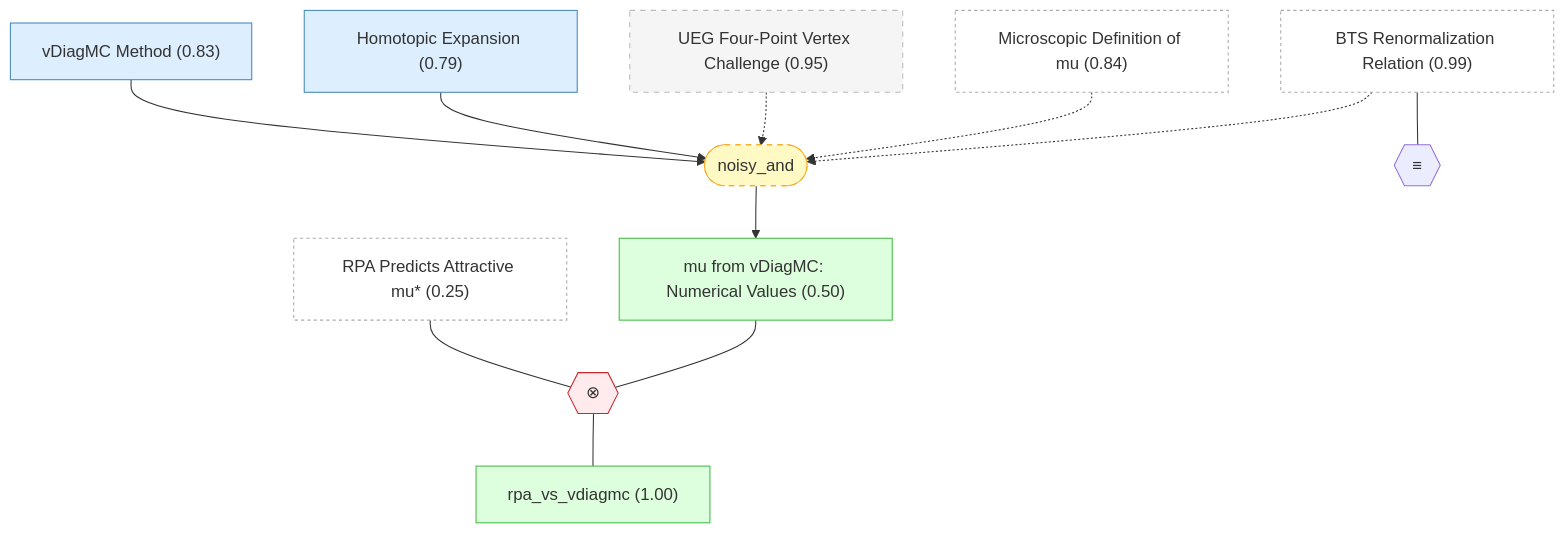
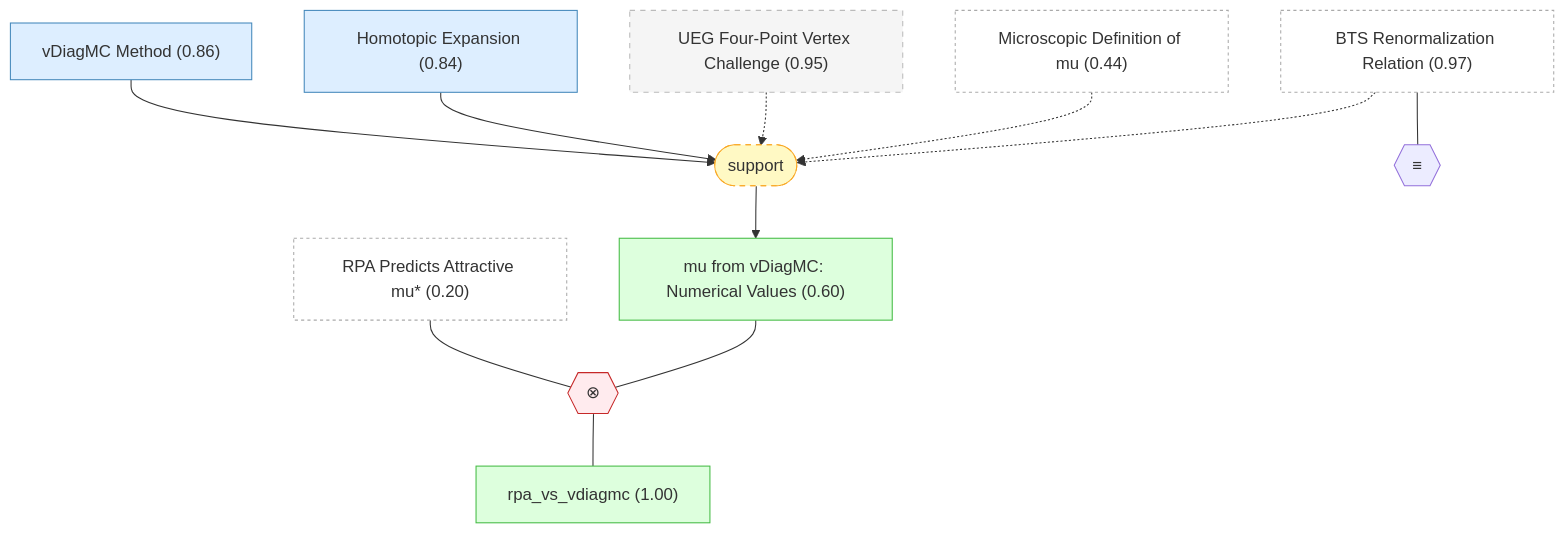
Before and after one commit to kunyuan/SuperconductivityElectronLiquids.gaia: the fourth of 6 diagrams in docs/detailed-reasoning.md, drawn with Mermaid. The commit also changed other lines of this file and 21 other files, not shown here.

````diff
--- a/docs/detailed-reasoning.md
+++ b/docs/detailed-reasoning.md
@@ -508,34 +552,34 @@
 ```mermaid
 graph TD
-    bts_renormalization["BTS Renormalization Relation (0.99)"]:::external
-    rpa_predicts_attractive_mu["RPA Predicts Attractive mu#ast; (0.25)"]:::external
-    mu_microscopic_definition["Microscopic Definition of mu (0.84)"]:::external
+    bts_renormalization["BTS Renormalization Relation (0.97)"]:::external
+    rpa_predicts_attractive_mu["RPA Predicts Attractive mu#ast; (0.20)"]:::external
+    mu_microscopic_definition["Microscopic Definition of mu (0.44)"]:::external
     ueg_vertex_challenge["UEG Four-Point Vertex Challenge (0.95)"]:::background
-    vdiagmc_method["vDiagMC Method (0.83)"]:::premise
-    homotopic_expansion["Homotopic Expansion (0.79)"]:::premise
-    mu_vdiagmc_values["mu from vDiagMC: Numerical Values (0.50)"]:::derived
+    vdiagmc_method["vDiagMC Method (0.86)"]:::premise
+    homotopic_expansion["Homotopic Expansion (0.84)"]:::premise
+    mu_vdiagmc_values["mu from vDiagMC: Numerical Values (0.60)"]:::derived
     rpa_vs_vdiagmc["rpa_vs_vdiagmc (1.00)"]:::derived
-    strat_11(["noisy_and"]):::weak
-    vdiagmc_method --> strat_11
-    homotopic_expansion --> strat_11
-    ueg_vertex_challenge -.-> strat_11
-    mu_microscopic_definition -.-> strat_11
-    bts_renormalization -.-> strat_11
-    strat_11 --> mu_vdiagmc_values
-    oper_0{{"≡"}}
-    bts_renormalization --- oper_0
-    oper_1{{"⊗"}}:::contra
-    rpa_predicts_attractive_mu --- oper_1
-    mu_vdiagmc_values --- oper_1
-    oper_1 --- rpa_vs_vdiagmc
+    strat_10(["support"]):::weak
+    vdiagmc_method --> strat_10
+    homotopic_expansion --> strat_10
+    ueg_vertex_challenge -.-> strat_10
+    mu_microscopic_definition -.-> strat_10
+    bts_renormalization -.-> strat_10
+    strat_10 --> mu_vdiagmc_values
+    oper_1{{"≡"}}
+    bts_renormalization --- oper_1
+    oper_2{{"⊗"}}:::contra
+    rpa_predicts_attractive_mu --- oper_2
+    mu_vdiagmc_values --- oper_2
+    oper_2 --- rpa_vs_vdiagmc
 
     classDef setting fill:#f0f0f0,stroke:#999,color:#333
     classDef premise fill:#ddeeff,stroke:#4488bb,color:#333
     classDef derived fill:#ddffdd,stroke:#44bb44,color:#333
     classDef question fill:#fff3dd,stroke:#cc9944,color:#333
     classDef background fill:#f5f5f5,stroke:#bbb,stroke-dasharray: 5 5,color:#333
     classDef orphan fill:#fff,stroke:#ccc,stroke-dasharray: 5 5,color:#333
     classDef external fill:#fff,stroke:#aaa,stroke-dasharray: 3 3,color:#333
     classDef weak fill:#fff9c4,stroke:#f9a825,stroke-dasharray: 5 5,color:#333
     classDef contra fill:#ffebee,stroke:#c62828,color:#333
 ```
````
